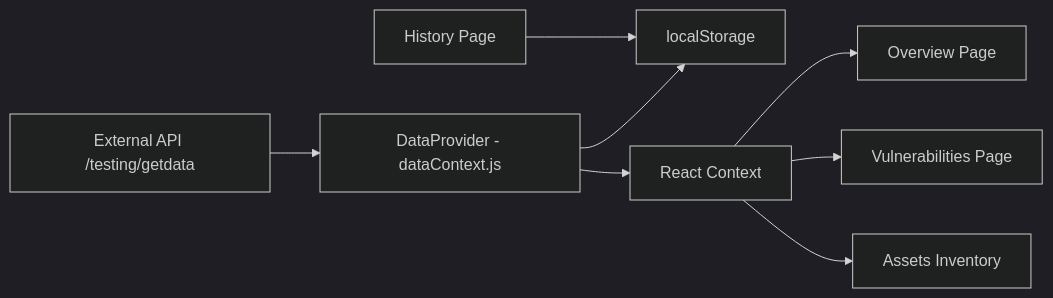
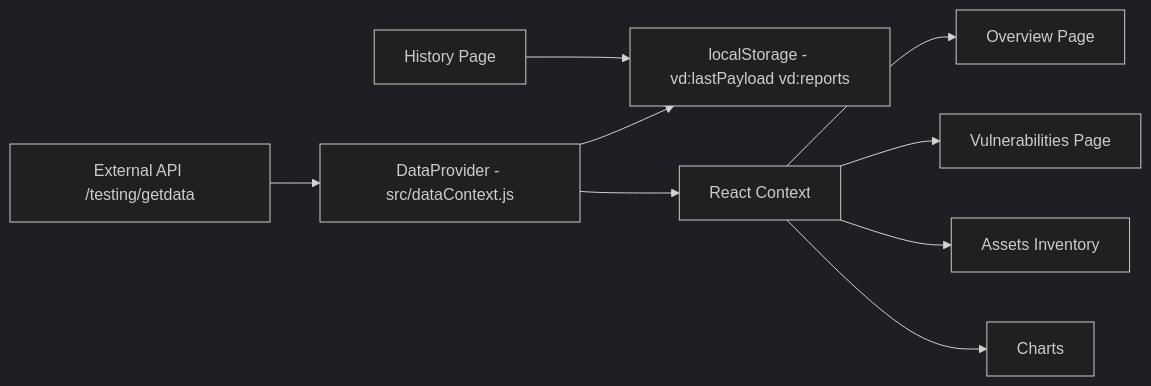
Before and after one commit to InfraCrawlers/EVAPA-Dashboard: the first of 4 diagrams in README.md, drawn with Mermaid (dark theme). The commit also changed other lines of this file, not shown here.

````diff
--- a/README.md
+++ b/README.md
@@ -128,19 +155,21 @@
 ```mermaid
 flowchart LR
   API[External API /testing/getdata]
-  DP[DataProvider - dataContext.js]
-  LS[localStorage]
+  DP[DataProvider - src/dataContext.js]
+  LS[localStorage - vd:lastPayload vd:reports]
   Context[React Context]
   Overview[Overview Page]
+  Charts[Charts]
   Vuln[Vulnerabilities Page]
   Assets[Assets Inventory]
   History[History Page]
 
   API --> DP
   DP --> LS
   DP --> Context
   Context --> Overview
   Context --> Vuln
   Context --> Assets
+  Context --> Charts
   History --> LS
 ```
````
